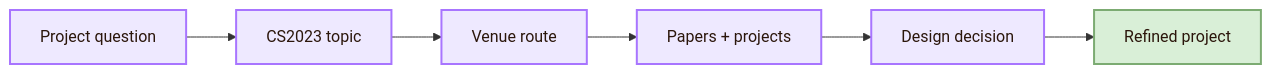
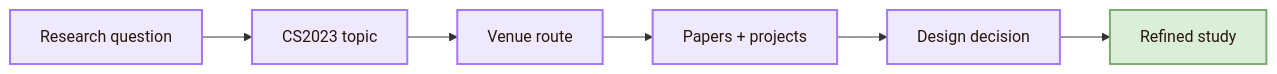
Before and after one commit to andreitegzes06-ui/CogniShire: diagram 11 of 12 in 01_Core_Area_HCI/001_Subareas/02_System_Design/Important Venues.md, drawn with Mermaid. The commit also changed other lines of this file and 132 other files, not shown here.

````diff
--- a/01_Core_Area_HCI/001_Subareas/02_System_Design/Important Venues.md
+++ b/01_Core_Area_HCI/001_Subareas/02_System_Design/Important Venues.md
@@ -407,14 +391,14 @@
 ```mermaid
 flowchart LR
-    A[Project question] --> B[CS2023 topic]
+    A[Research question] --> B[CS2023 topic]
     B --> C[Venue route]
     C --> D[Papers + projects]
     D --> E[Design decision]
-    E --> F[Refined project]
+    E --> F[Refined study]
 
     classDef node fill:#eee9ff,stroke:#a875ff,color:#2b160b,stroke-width:2px;
     classDef final fill:#d9efd7,stroke:#7cab72,color:#2b160b,stroke-width:2px;
 
     class A,B,C,D,E node;
     class F final;
 ```
````
